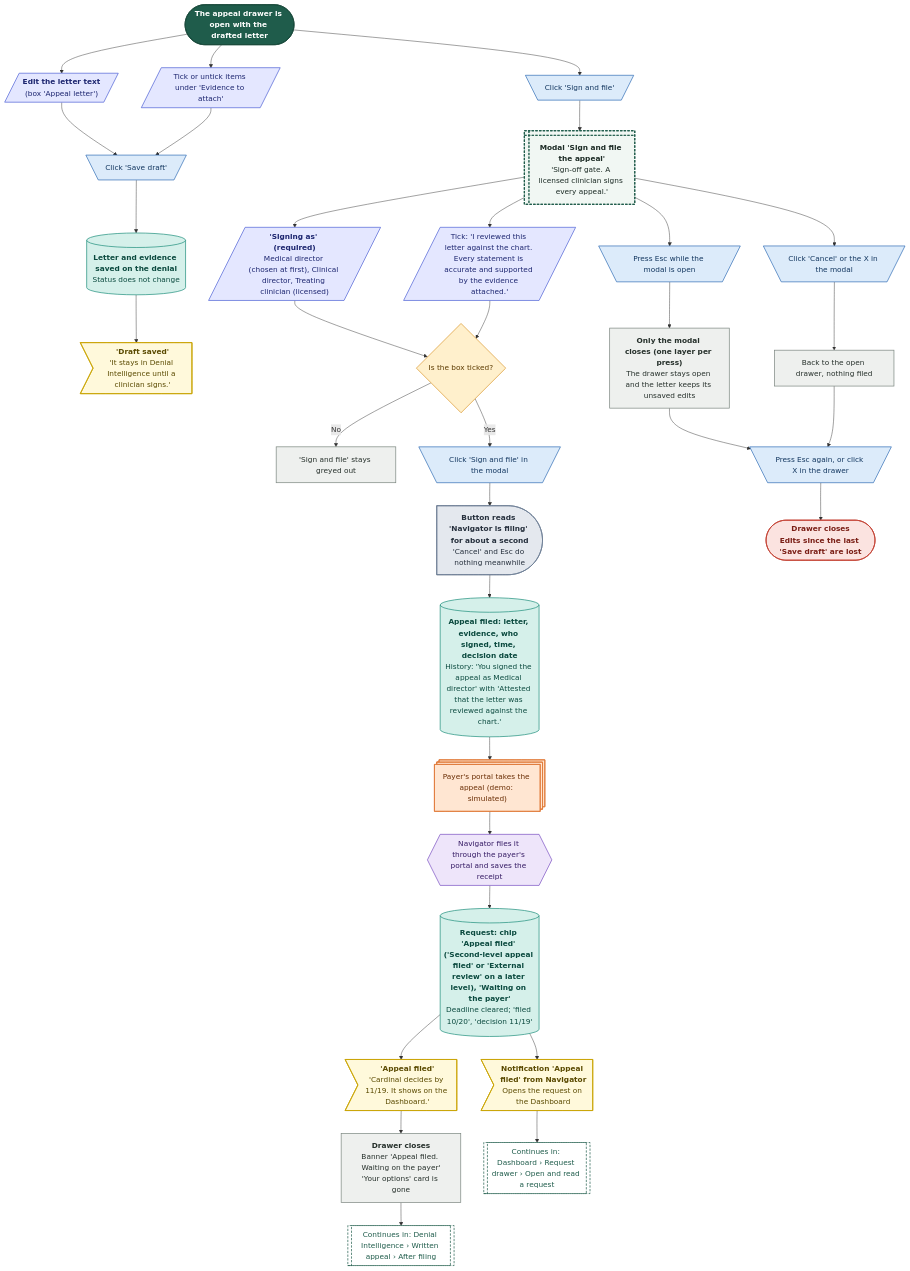
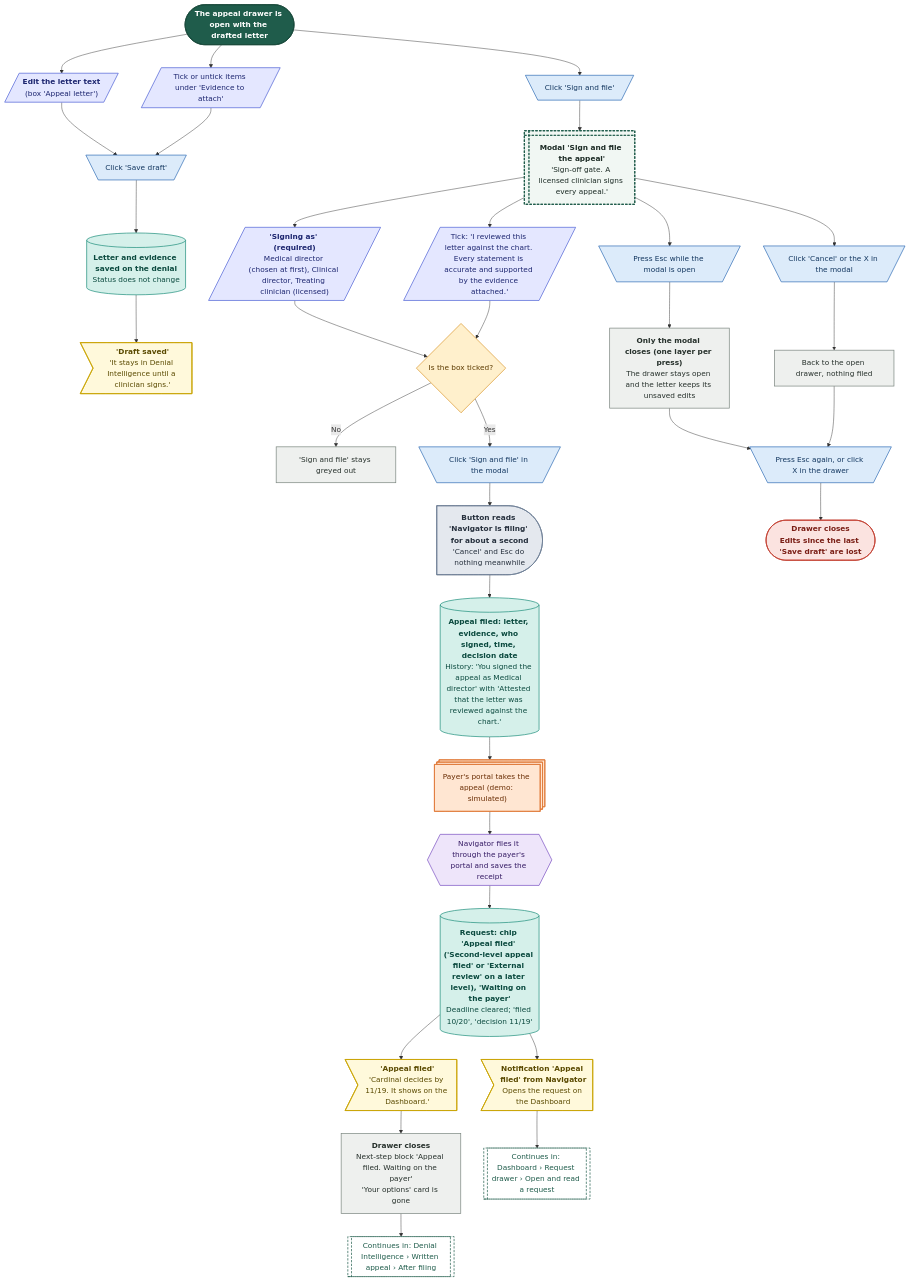
One commit to Shrav143/psyfloapp changed diagram 18 of 27 in demos/prior-auth-demo/workflows/out/md/06-denials.md. Above: the diagram before and after it, drawn with Mermaid. The commit also changed other lines of this file and 192 other files, not shown here.

First line of the commit message:
docs: changelog by sidebar tab; README, diagrams and Settings layout aligned with the refinement; shared InfoTip; referral cost-share line

````diff
--- a/demos/prior-auth-demo/workflows/out/md/06-denials.md
+++ b/demos/prior-auth-demo/workflows/out/md/06-denials.md
@@ -1221,76 +1408,76 @@
 ```mermaid
 %%{init: {"theme":"base","themeVariables":{"fontFamily":"'DM Sans', 'Segoe UI', system-ui, sans-serif","fontSize":"15px","lineColor":"#5B6B63","primaryTextColor":"#1C2B25","clusterBkg":"#FBF8F3","clusterBorder":"#D9CDBB","edgeLabelBackground":"#FFFFFF"},"flowchart":{"curve":"basis","nodeSpacing":36,"rankSpacing":48,"padding":12,"htmlLabels":true,"useMaxWidth":false,"wrappingWidth":230}} }%%
 flowchart TD
   classDef k_start fill:#1F5C4B,stroke:#174638,color:#FFFFFF,stroke-width:1.5px,font-weight:600
   classDef k_end fill:#DDEFE3,stroke:#2E7D4F,color:#14502F,stroke-width:1.5px,font-weight:600
   classDef k_endx fill:#FBE3E0,stroke:#C0392B,color:#7A1F16,stroke-width:1.5px,font-weight:600
   classDef k_screen fill:#FFFDF8,stroke:#1F5C4B,color:#1C2B25,stroke-width:2px
   classDef k_overlay fill:#F1F7F3,stroke:#1F5C4B,color:#1C2B25,stroke-width:2px,stroke-dasharray:5 3
   classDef k_click fill:#DCEBFA,stroke:#2F6DB5,color:#12365F,stroke-width:1.5px
   classDef k_input fill:#E4E7FF,stroke:#4C5FD5,color:#1D2670,stroke-width:1.5px
   classDef k_process fill:#EEF0EE,stroke:#7A857F,color:#26302B,stroke-width:1.5px
   classDef k_agent fill:#EEE5FA,stroke:#7A4FC2,color:#341A63,stroke-width:1.5px
   classDef k_decision fill:#FFF0CC,stroke:#D9962B,color:#5C3B00,stroke-width:1.5px
   classDef k_store fill:#D5F0EA,stroke:#1C8E7B,color:#0B4A3F,stroke-width:1.5px
   classDef k_doc fill:#F6E9DC,stroke:#B07A4C,color:#4A2E14,stroke-width:1.5px
   classDef k_ext fill:#FFE6D2,stroke:#E07B39,color:#6B2F06,stroke-width:1.5px
   classDef k_wait fill:#E4E8EE,stroke:#6B7C93,color:#26303D,stroke-width:1.5px
   classDef k_toast fill:#FFF9DB,stroke:#C9A400,color:#5A4A00,stroke-width:1.5px
   classDef k_goto fill:#FFFFFF,stroke:#1F5C4B,color:#1F5C4B,stroke-width:1.5px,stroke-dasharray:5 3
   s1@{ shape: stadium, label: "The appeal drawer is open with the drafted letter" }
   i1@{ shape: lean-r, label: "<b>Edit the letter text</b><br/>(box 'Appeal letter')" }
   i2@{ shape: lean-r, label: "Tick or untick items under 'Evidence to attach'" }
   c1@{ shape: trap-t, label: "Click 'Save draft'" }
   st1@{ shape: cyl, label: "<b>Letter and evidence saved on the denial</b><br/>Status does not change" }
   t1@{ shape: odd, label: "<b>'Draft saved'</b><br/>'It stays in Denial Intelligence until a clinician signs.'" }
   c2@{ shape: trap-t, label: "Click 'Sign and file'" }
   o1@{ shape: win-pane, label: "<b>Modal 'Sign and file the appeal'</b><br/>'Sign-off gate. A licensed clinician signs every appeal.'" }
   i3@{ shape: lean-r, label: "<b>'Signing as' (required)</b><br/>Medical director (chosen at first), Clinical director, Treating clinician (licensed)" }
   i4@{ shape: lean-r, label: "Tick: 'I reviewed this letter against the chart. Every statement is accurate and supported by the evidence attached.'" }
   d1@{ shape: diam, label: "Is the box ticked?" }
   p1@{ shape: rect, label: "'Sign and file' stays greyed out" }
   c3@{ shape: trap-t, label: "Click 'Sign and file' in the modal" }
   w1@{ shape: delay, label: "<b>Button reads 'Navigator is filing' for about a second</b><br/>'Cancel' and Esc do nothing meanwhile" }
   st2@{ shape: cyl, label: "<b>Appeal filed: letter, evidence, who signed, time, decision date</b><br/>History: 'You signed the appeal as Medical director' with 'Attested that the letter was reviewed against the chart.'" }
   x1@{ shape: st-rect, label: "Payer's portal takes the appeal (demo: simulated)" }
   a1@{ shape: hex, label: "Navigator files it through the payer's portal and saves the receipt" }
   st3@{ shape: cyl, label: "<b>Request: chip 'Appeal filed' ('Second-level appeal filed' or 'External review' on a later level), 'Waiting on the payer'</b><br/>Deadline cleared; 'filed 10/20', 'decision 11/19'" }
   t2@{ shape: odd, label: "<b>'Appeal filed'</b><br/>'Cardinal decides by 11/19. It shows on the Dashboard.'" }
   t3@{ shape: odd, label: "<b>Notification 'Appeal filed' from Navigator</b><br/>Opens the request on the Dashboard" }
-  p2@{ shape: rect, label: "<b>Drawer closes</b><br/>Banner 'Appeal filed. Waiting on the payer'<br/>'Your options' card is gone" }
+  p2@{ shape: rect, label: "<b>Drawer closes</b><br/>Next-step block 'Appeal filed. Waiting on the payer'<br/>'Your options' card is gone" }
   c4@{ shape: trap-t, label: "Click 'Cancel' or the X in the modal" }
   p3@{ shape: rect, label: "Back to the open drawer, nothing filed" }
   c5@{ shape: trap-t, label: "Press Esc while the modal is open" }
   p4@{ shape: rect, label: "<b>Only the modal closes (one layer per press)</b><br/>The drawer stays open and the letter keeps its unsaved edits" }
   c6@{ shape: trap-t, label: "Press Esc again, or click X in the drawer" }
   e1@{ shape: stadium, label: "<b>Drawer closes</b><br/>Edits since the last 'Save draft' are lost" }
   g1@{ shape: subproc, label: "Continues in: Denial Intelligence › Written appeal › After filing" }
   g2@{ shape: subproc, label: "Continues in: Dashboard › Request drawer › Open and read a request" }
   s1 --> i1 --> c1
   s1 --> i2 --> c1
   c1 --> st1 --> t1
   s1 --> c2 --> o1
   o1 --> i3 --> d1
   o1 --> i4 --> d1
   d1 -->|"No"| p1
   d1 -->|"Yes"| c3 --> w1 --> st2
   st2 --> x1 --> a1 --> st3 --> t2 --> p2
   st3 --> t3 --> g2
   p2 --> g1
   o1 --> c4 --> p3
   o1 --> c5 --> p4 --> c6 --> e1
   p3 --> c6
   class s1 k_start
   class i1,i2,i3,i4 k_input
   class c1,c2,c3,c4,c5,c6 k_click
   class st1,st2,st3 k_store
   class t1,t2,t3 k_toast
   class o1 k_overlay
   class d1 k_decision
   class p1,p2,p3,p4 k_process
   class w1 k_wait
   class x1 k_ext
   class a1 k_agent
   class e1 k_endx
   class g1,g2 k_goto
 ```
````
